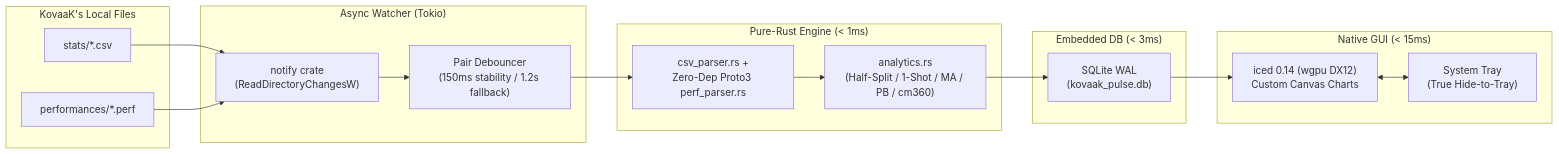
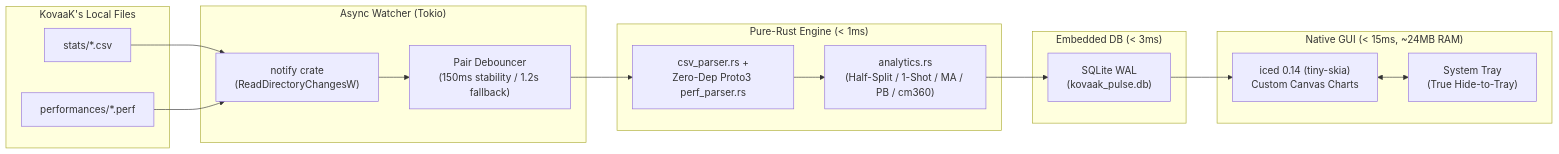
The diagram in README.md (b53v/KovaaK-Pulse), drawn with Mermaid before and after one commit. The commit also changed other lines of this file and 6 other files, not shown here.

Commit message:
perf: cut memory footprint by 87% (~24MB WS) and binary size by 44% (7.0MB) via tiny-skia, working-set trim, and event-driven tray

````diff
--- a/README.md
+++ b/README.md
@@ -65,35 +66,35 @@
 ```mermaid
 flowchart LR
     subgraph KovaaK["KovaaK's Local Files"]
         CSV["stats/*.csv"]
         PERF["performances/*.perf"]
     end
 
     subgraph Watch["Async Watcher (Tokio)"]
         NOTIFY["notify crate\n(ReadDirectoryChangesW)"]
         DEBOUNCE["Pair Debouncer\n(150ms stability / 1.2s fallback)"]
         NOTIFY --> DEBOUNCE
     end
 
     subgraph Engine["Pure-Rust Engine (< 1ms)"]
         PARSERS["csv_parser.rs +\nZero-Dep Proto3 perf_parser.rs"]
         ANAL["analytics.rs\n(Half-Split / 1-Shot / MA / PB / cm360)"]
         PARSERS --> ANAL
     end
 
     subgraph Store["Embedded DB (< 3ms)"]
         SQLITE["SQLite WAL\n(kovaak_pulse.db)"]
     end
 
-    subgraph UI["Native GUI (< 15ms)"]
-        ICED["iced 0.14 (wgpu DX12)\nCustom Canvas Charts"]
+    subgraph UI["Native GUI (< 15ms, ~24MB RAM)"]
+        ICED["iced 0.14 (tiny-skia)\nCustom Canvas Charts"]
         TRAY["System Tray\n(True Hide-to-Tray)"]
     end
 
     CSV --> NOTIFY
     PERF --> NOTIFY
     DEBOUNCE --> PARSERS
     ANAL --> SQLITE
     SQLITE --> ICED
     ICED <--> TRAY
 ```
````
